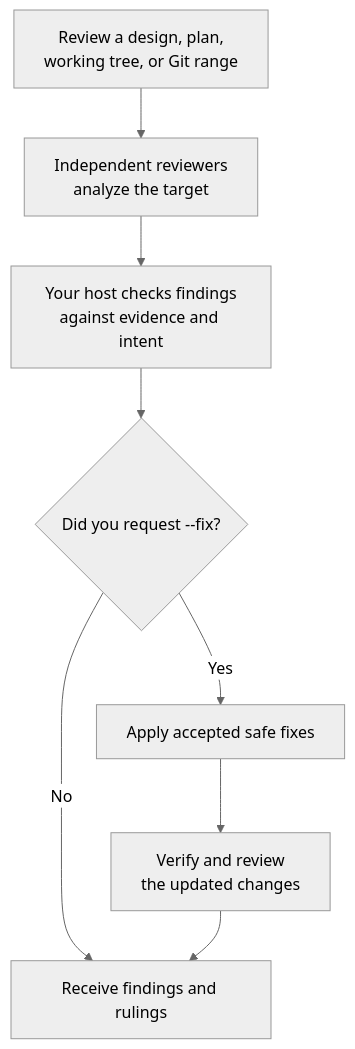
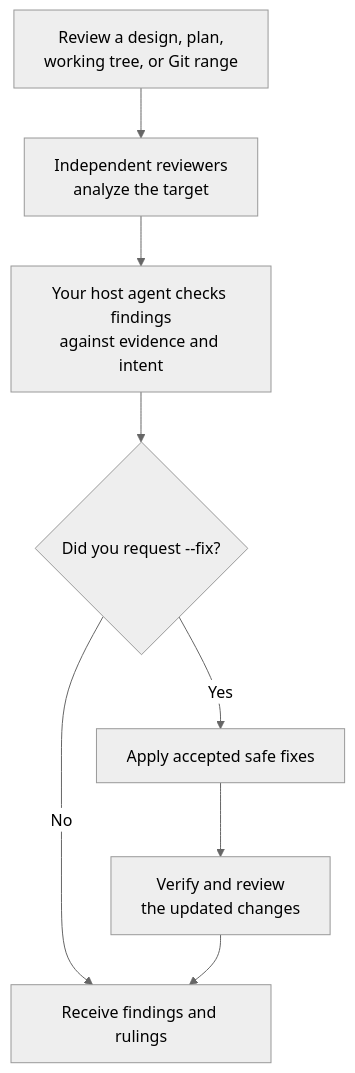
Before and after one commit to Gyunikuchan/dispatch-skills: the diagram in skills/dispatch/references/readme/review.md, drawn with Mermaid (neutral theme). The commit also changed other lines of this file and 15 other files, not shown here.

````diff
--- a/skills/dispatch/references/readme/review.md
+++ b/skills/dispatch/references/readme/review.md
@@ -11,10 +11,10 @@
 ```mermaid
 flowchart TD
     Target["Review a design, plan,<br/>working tree, or Git range"] --> Inspect["Independent reviewers<br/>analyze the target"]
-    Inspect --> Check["Your host checks findings<br/>against evidence and intent"]
+    Inspect --> Check["Your host agent checks findings<br/>against evidence and intent"]
     Check --> Fix{"Did you request --fix?"}
     Fix -->|No| Report["Receive findings and rulings"]
     Fix -->|Yes| Apply["Apply accepted safe fixes"]
     Apply --> Verify["Verify and review<br/>the updated changes"]
     Verify --> Report
 ```
````
